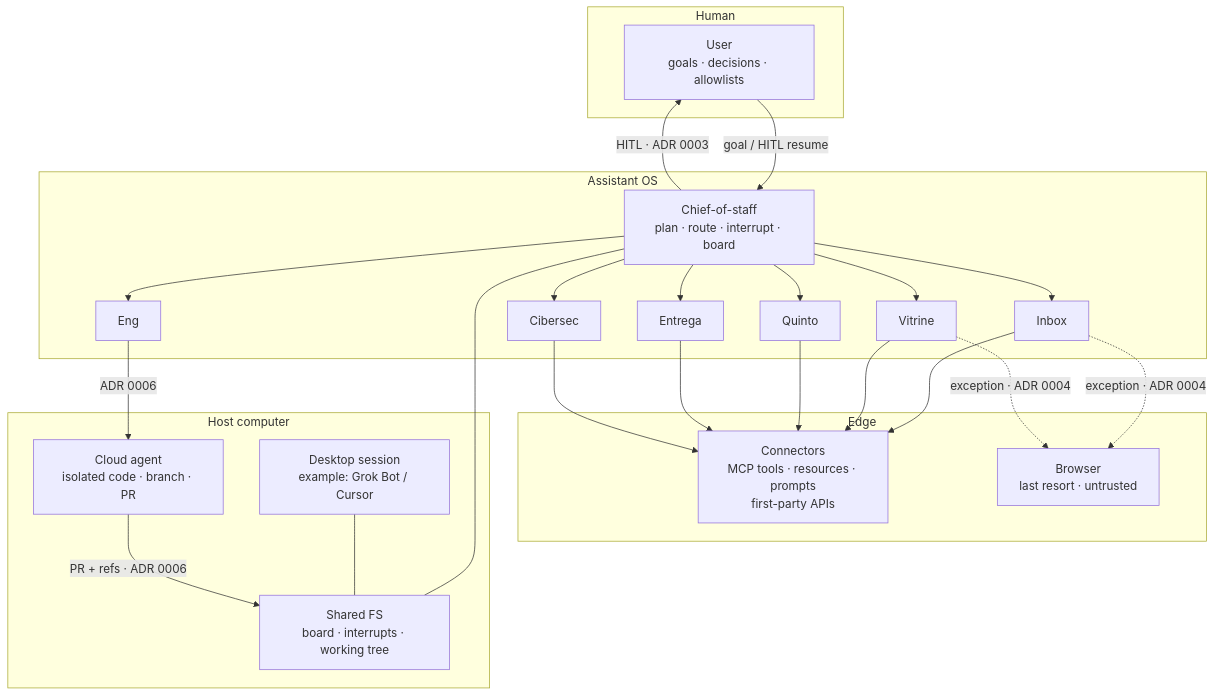
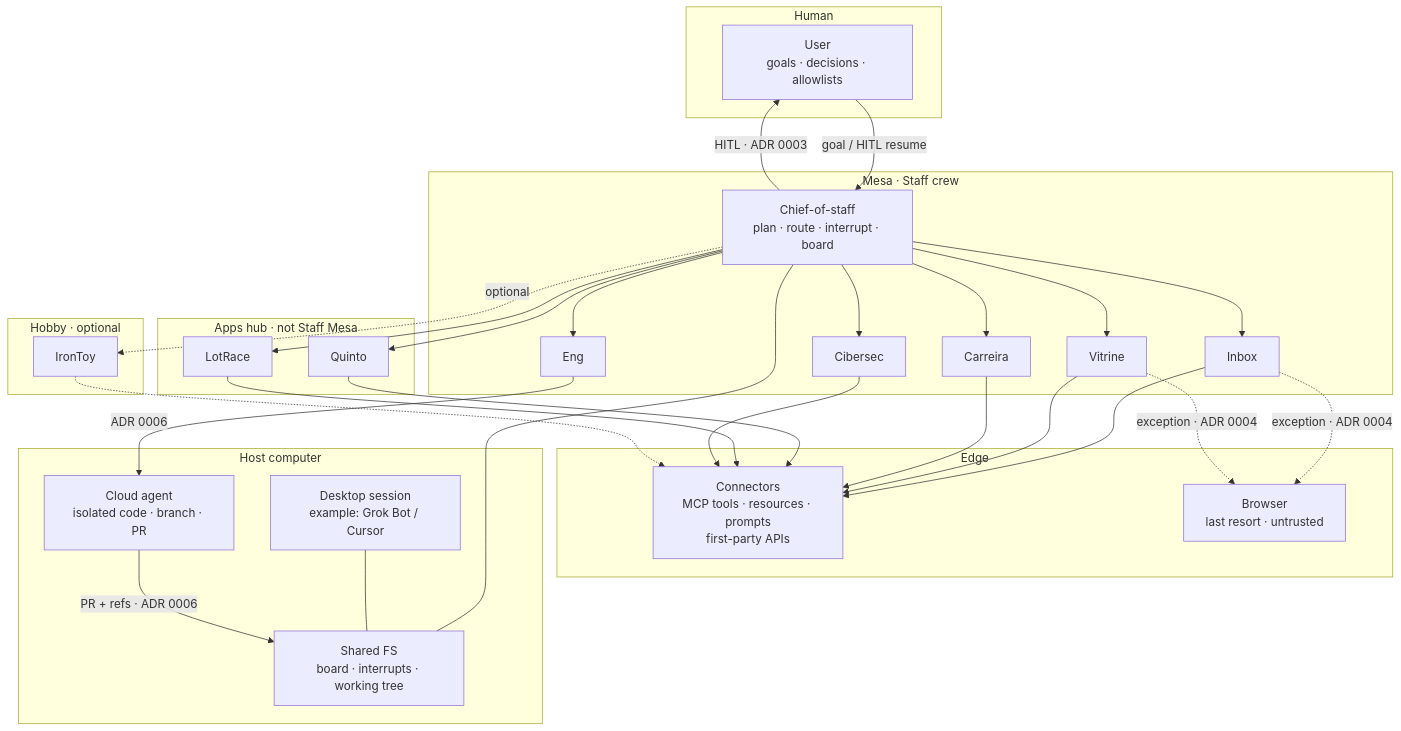
The diagram in docs/architecture.md (tiagovilasboas/grok-bot-architecture), drawn with Mermaid before and after one commit. The commit also changed other lines of this file and 17 other files, not shown here.

````diff
--- a/docs/architecture.md
+++ b/docs/architecture.md
@@ -7,47 +7,59 @@
 ```mermaid
 flowchart TB
   subgraph human [Human]
     User["User<br/>goals · decisions · allowlists"]
   end
 
-  subgraph os [Assistant OS]
+  subgraph mesa [Mesa · Staff crew]
     CoS["Chief-of-staff<br/>plan · route · interrupt · board"]
     Inbox["Inbox"]
     Eng["Eng"]
     Vitrine["Vitrine"]
+    Cibersec["Cibersec"]
+    Carreira["Carreira"]
+  end
+
+  subgraph apps [Apps hub · not Staff Mesa]
     Quinto["Quinto"]
-    Entrega["Entrega"]
-    Cibersec["Cibersec"]
+    LotRace["LotRace"]
+  end
+
+  subgraph hobby [Hobby · optional]
+    IronToy["IronToy"]
   end
 
   subgraph edge [Edge]
     Conn["Connectors<br/>MCP tools · resources · prompts<br/>first-party APIs"]
     Browser["Browser<br/>last resort · untrusted"]
   end
 
   subgraph machine [Host computer]
     Desktop["Desktop session<br/>example: Grok Bot / Cursor"]
     Files["Shared FS<br/>board · interrupts · working tree"]
     Cloud["Cloud agent<br/>isolated code · branch · PR"]
   end
 
   User -->|"goal / HITL resume"| CoS
   CoS --> Inbox
   CoS --> Eng
   CoS --> Vitrine
+  CoS --> Cibersec
+  CoS --> Carreira
   CoS --> Quinto
-  CoS --> Entrega
-  CoS --> Cibersec
+  CoS --> LotRace
+  CoS -.->|"optional"| IronToy
   Inbox --> Conn
   Vitrine --> Conn
+  Carreira --> Conn
   Quinto --> Conn
-  Entrega --> Conn
+  LotRace --> Conn
   Cibersec --> Conn
+  IronToy -.-> Conn
   Inbox -.->|"exception · ADR 0004"| Browser
   Vitrine -.->|"exception · ADR 0004"| Browser
   Eng -->|"ADR 0006"| Cloud
   CoS --- Files
   Desktop --- Files
   Cloud -->|"PR + refs · ADR 0006"| Files
   CoS -->|"HITL · ADR 0003"| User
 ```
````
